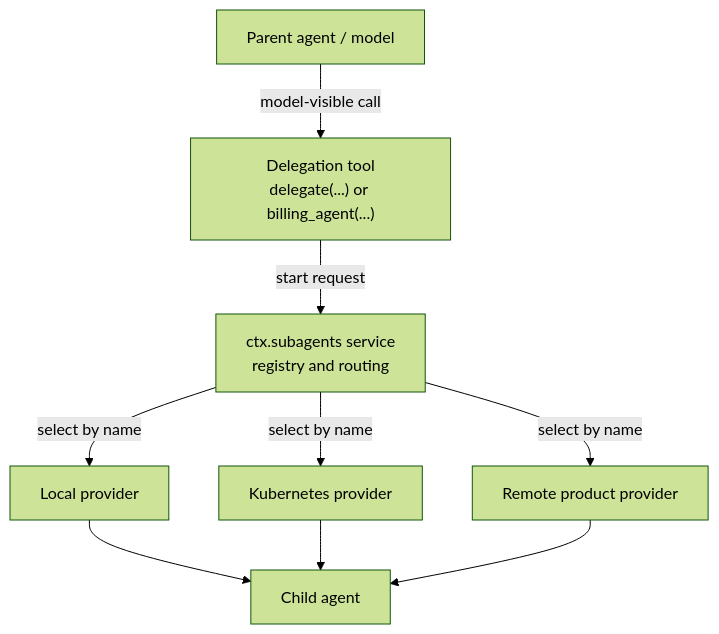
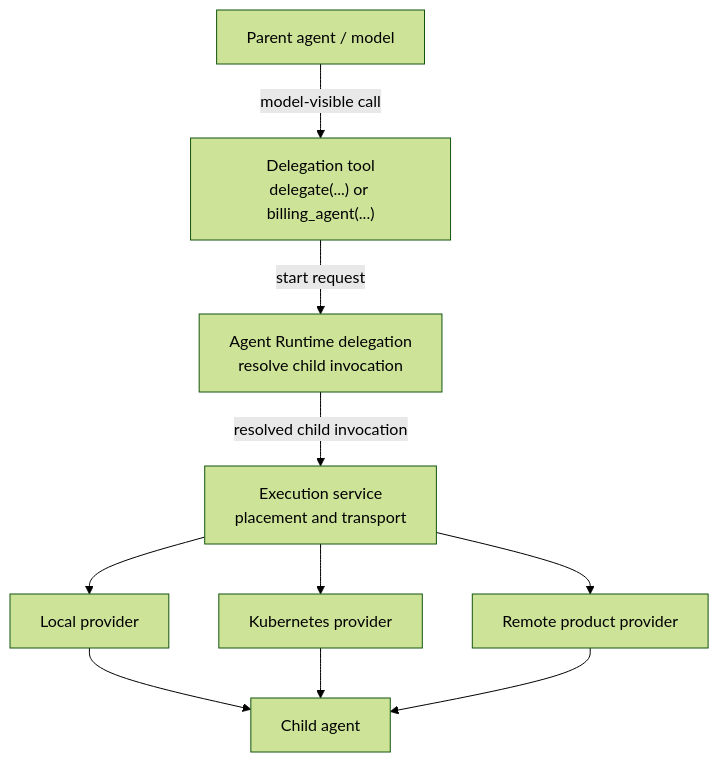
The fourth of 6 diagrams in docs/architecture.md (karaka-ai/karaka), drawn with Mermaid (forest theme) before and after one commit. The commit also changed other lines of this file and 2 other files, not shown here.

Commit message:
docs: clarify agent runtime architecture

````diff
--- a/docs/architecture.md
+++ b/docs/architecture.md
@@ -171,19 +312,21 @@
 ```mermaid
 flowchart TB
   Parent["Parent agent / model"]
   Tool["Delegation tool<br/>delegate(...) or billing_agent(...)"]
-  Service["ctx.subagents service<br/>registry and routing"]
+  Service["Agent Runtime delegation<br/>resolve child invocation"]
+  Execution["Execution service<br/>placement and transport"]
   Local["Local provider"]
   K8s["Kubernetes provider"]
   Remote["Remote product provider"]
   Child["Child agent"]
 
   Parent -->|model-visible call| Tool
   Tool -->|start request| Service
-  Service -->|select by name| Local
-  Service -->|select by name| K8s
-  Service -->|select by name| Remote
+  Service -->|resolved child invocation| Execution
+  Execution --> Local
+  Execution --> K8s
+  Execution --> Remote
   Local --> Child
   K8s --> Child
   Remote --> Child
 ```
````
